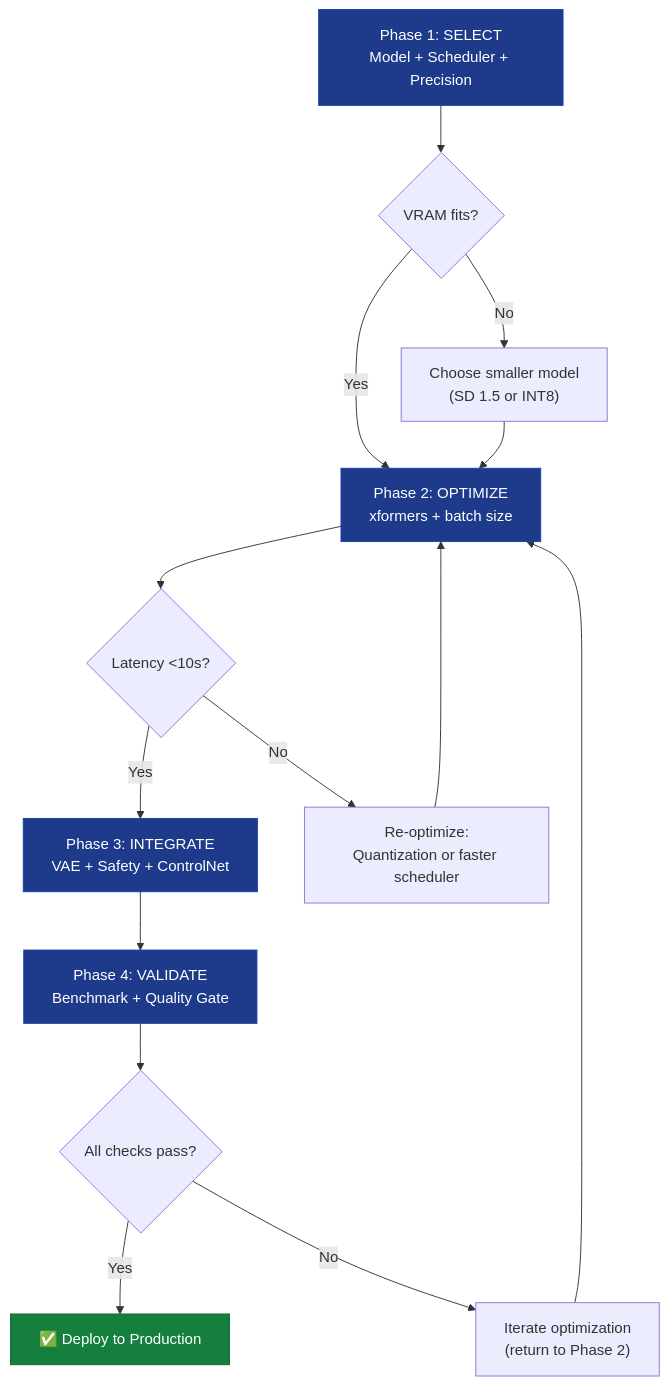
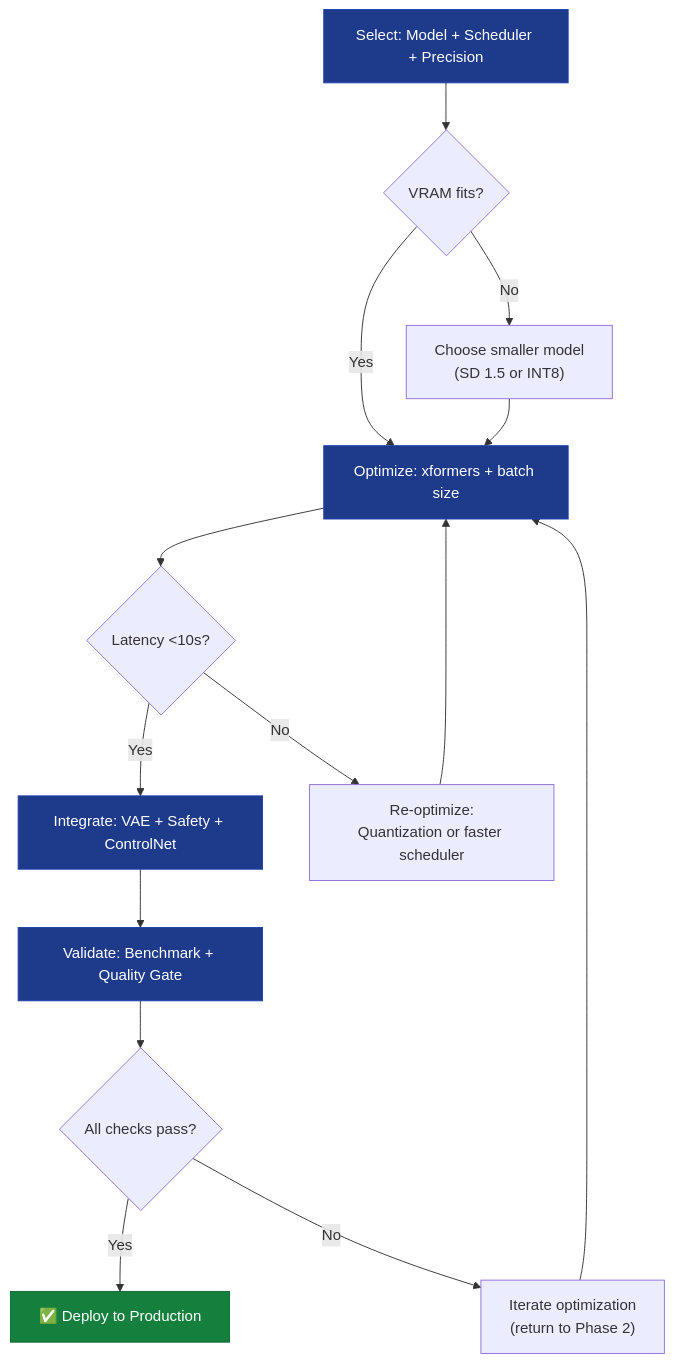
Before and after one commit to dsgouda7/ai-portfolio: the diagram in notes/05-multimodal-ai/ch13-local-diffusion-lab/local-diffusion-lab.md, drawn with Mermaid. The commit also changed other lines of this file and 53 other files, not shown here.

````diff
--- a/notes/05-multimodal-ai/ch13-local-diffusion-lab/local-diffusion-lab.md
+++ b/notes/05-multimodal-ai/ch13-local-diffusion-lab/local-diffusion-lab.md
@@ -505,22 +479,22 @@
 ```mermaid
 graph TD
-    A["Phase 1: SELECT<br/>Model + Scheduler + Precision"] --> B{"VRAM fits?"}
-    B -->|Yes| C["Phase 2: OPTIMIZE<br/>xformers + batch size"]
+    A["Select: Model + Scheduler + Precision"] --> B{"VRAM fits?"}
+    B -->|Yes| C["Optimize: xformers + batch size"]
     B -->|No| A1["Choose smaller model<br/>(SD 1.5 or INT8)"]
     A1 --> C
     C --> D{"Latency <10s?"}
-    D -->|Yes| E["Phase 3: INTEGRATE<br/>VAE + Safety + ControlNet"]
+    D -->|Yes| E["Integrate: VAE + Safety + ControlNet"]
     D -->|No| C1["Re-optimize:<br/>Quantization or faster scheduler"]
     C1 --> C
-    E --> F["Phase 4: VALIDATE<br/>Benchmark + Quality Gate"]
+    E --> F["Validate: Benchmark + Quality Gate"]
     F --> G{"All checks pass?"}
     G -->|Yes| H["✅ Deploy to Production"]
     G -->|No| I["Iterate optimization<br/>(return to Phase 2)"]
     I --> C
 
     style H fill:#15803d,stroke:#166534,color:#fff
     style A fill:#1e3a8a,stroke:#1e40af,color:#fff
     style C fill:#1e3a8a,stroke:#1e40af,color:#fff
     style E fill:#1e3a8a,stroke:#1e40af,color:#fff
     style F fill:#1e3a8a,stroke:#1e40af,color:#fff
 ```
````
